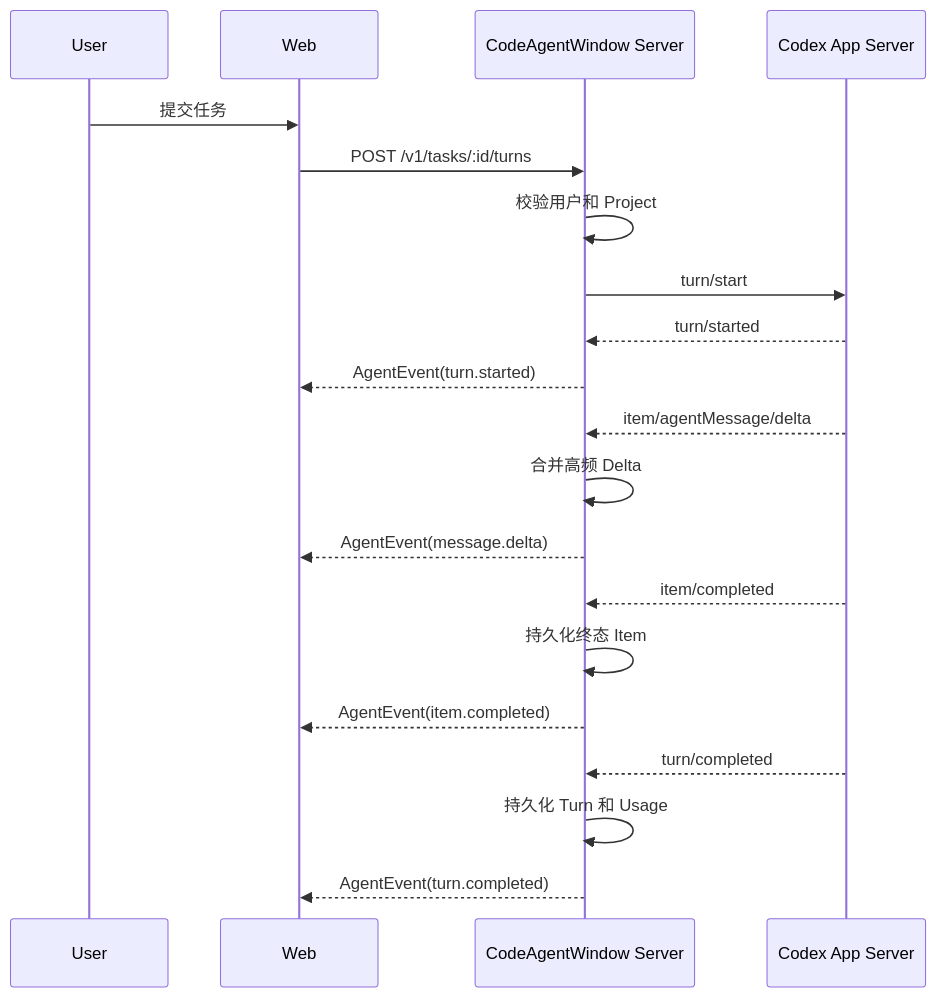
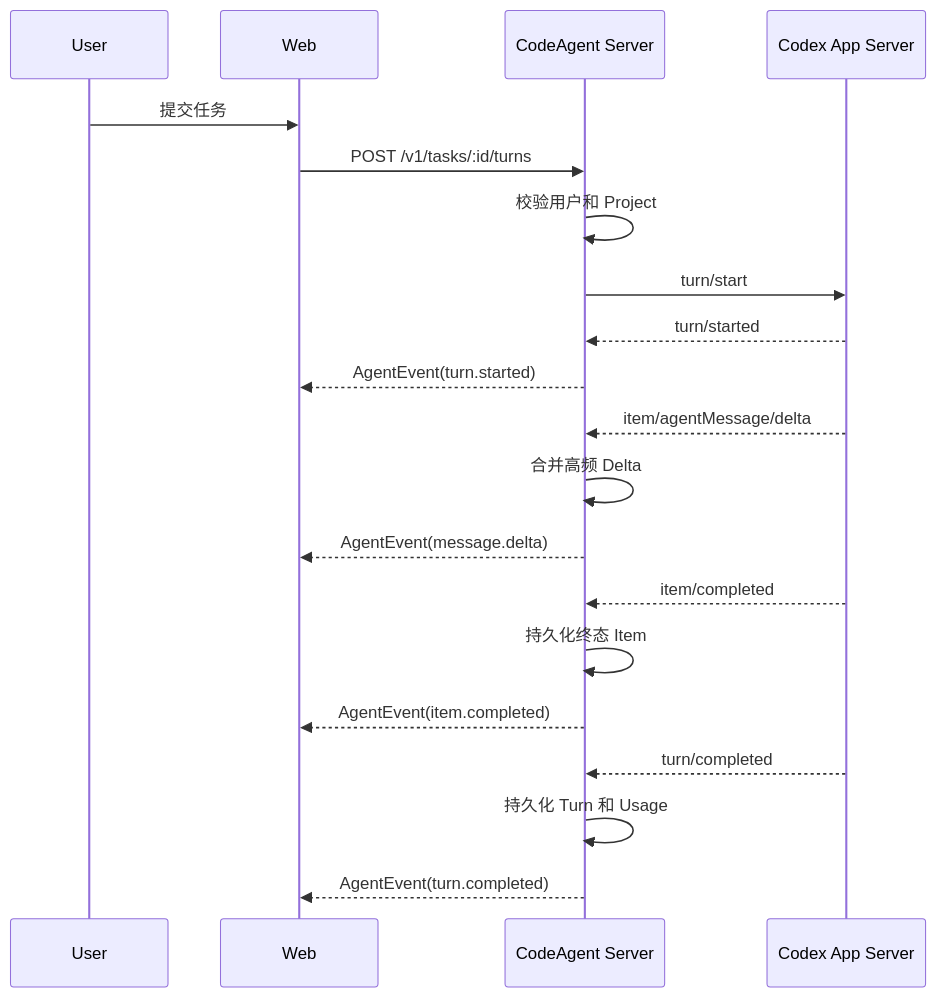
Before and after one commit to BryanHoo/CodeAgent: the second of 2 diagrams in docs/architecture-design.md, drawn with Mermaid. The commit also changed other lines of this file and 33 other files, not shown here.

````diff
--- a/docs/architecture-design.md
+++ b/docs/architecture-design.md
@@ -168,23 +168,23 @@
 ```mermaid
 sequenceDiagram
     participant U as User
     participant W as Web
-    participant S as CodeAgentWindow Server
+    participant S as CodeAgent Server
     participant C as Codex App Server
 
     U->>W: 提交任务
     W->>S: POST /v1/tasks/:id/turns
     S->>S: 校验用户和 Project
     S->>C: turn/start
     C-->>S: turn/started
     S-->>W: AgentEvent(turn.started)
     C-->>S: item/agentMessage/delta
     S->>S: 合并高频 Delta
     S-->>W: AgentEvent(message.delta)
     C-->>S: item/completed
     S->>S: 持久化终态 Item
     S-->>W: AgentEvent(item.completed)
     C-->>S: turn/completed
     S->>S: 持久化 Turn 和 Usage
     S-->>W: AgentEvent(turn.completed)
 ```
````
